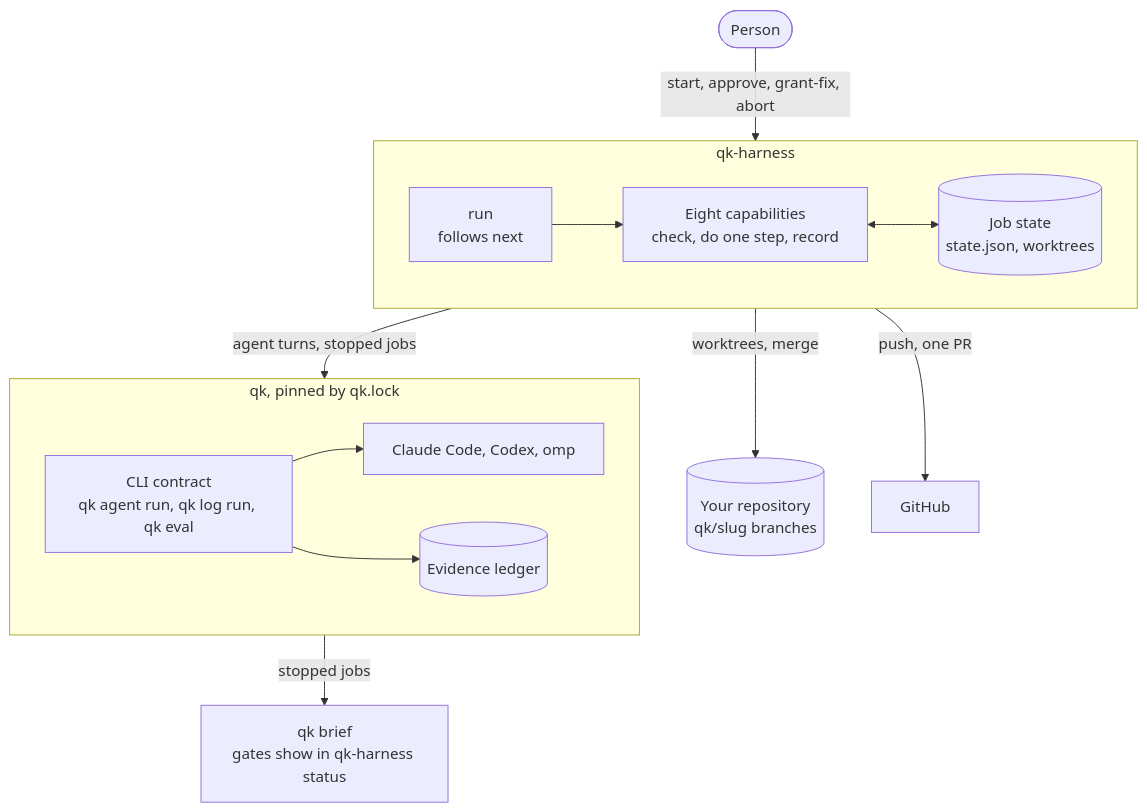
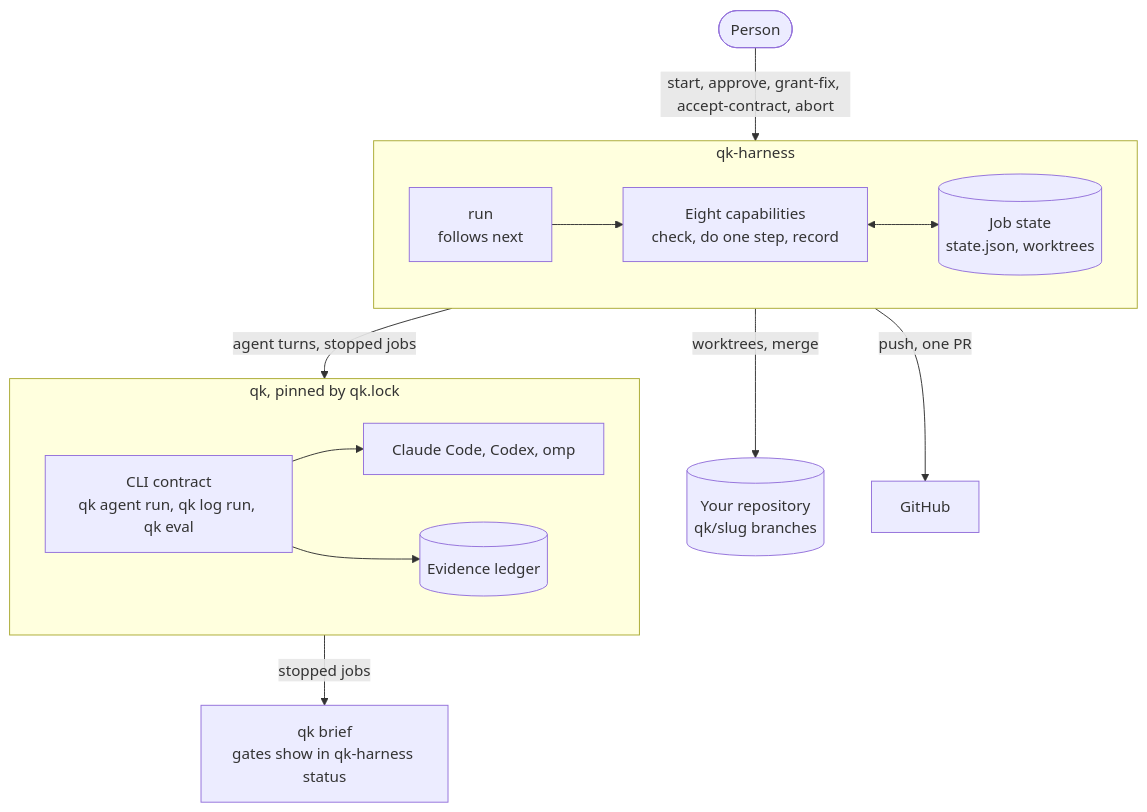
The diagram in docs/en/guide.md (dakiquang/qk-harness), drawn with Mermaid before and after one commit. The commit also changed other lines of this file and 6 other files, not shown here.

Commit message:
feat: let a person accept a contract with review findings (#3)

````diff
--- a/docs/en/guide.md
+++ b/docs/en/guide.md
@@ -14,18 +14,18 @@
 ```mermaid
 flowchart TB
-    person(["Person"]) -- "start, approve, grant-fix, abort" --> harness
+    person(["Person"]) -- "start, approve, grant-fix, accept-contract, abort" --> harness
     subgraph harness ["qk-harness"]
         direction LR
         coord["run<br/>follows next"] --> caps["Eight capabilities<br/>check, do one step, record"]
         caps <--> state[("Job state<br/>state.json, worktrees")]
     end
     harness -- "agent turns, stopped jobs" --> qk
     harness -- "worktrees, merge" --> repo[("Your repository<br/>qk/slug branches")]
     harness -- "push, one PR" --> github["GitHub"]
     subgraph qk ["qk, pinned by qk.lock"]
         direction LR
         cli["CLI contract<br/>qk agent run, qk log run, qk eval"] --> runtimes["Claude Code, Codex, omp"]
         cli --> ledger[("Evidence ledger")]
     end
     qk -- "stopped jobs" --> brief["qk brief<br/>gates show in qk-harness status"]
 ```
````
